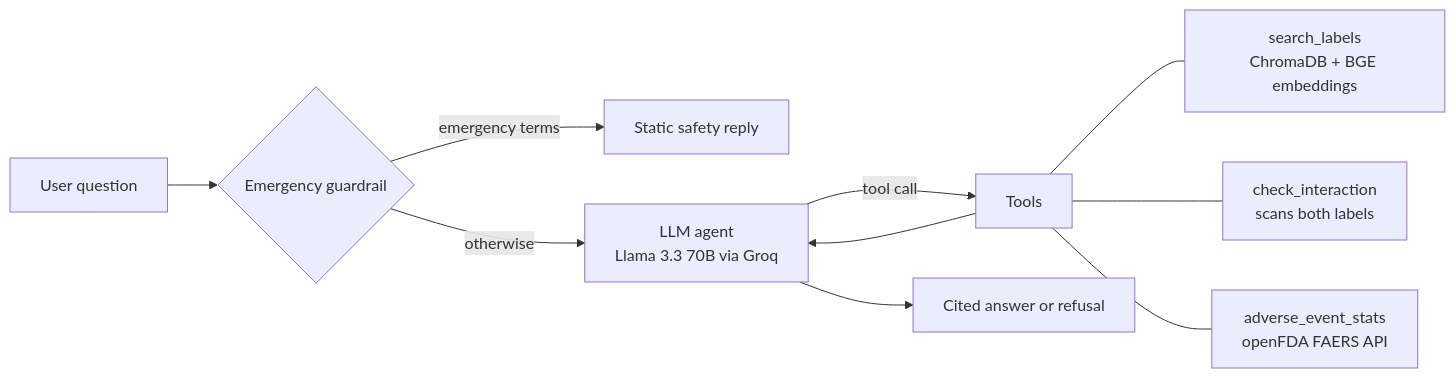
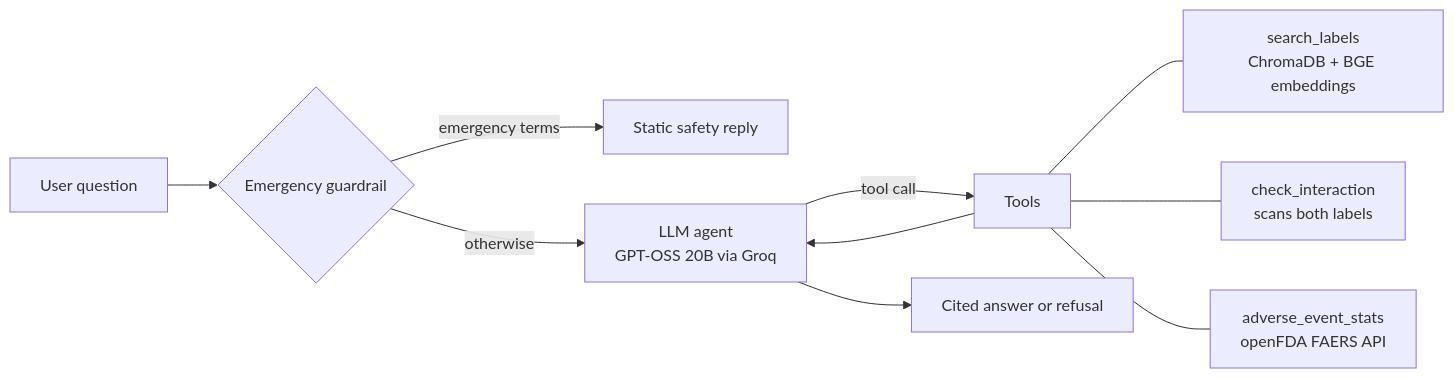
The diagram in README.md (Tripathijii147/druginfo-agent), drawn with Mermaid before and after one commit. The commit also changed other lines of this file, not shown here.

````diff
--- a/README.md
+++ b/README.md
@@ -21,12 +21,12 @@
 ```mermaid
 flowchart LR
     U[User question] --> G{Emergency guardrail}
     G -- emergency terms --> E[Static safety reply]
-    G -- otherwise --> A[LLM agent<br/>Llama 3.3 70B via Groq]
+    G -- otherwise --> A[LLM agent<br/>GPT-OSS 20B via Groq]
     A -- tool call --> T[Tools]
     T --> A
     A --> R[Cited answer or refusal]
     T --- S[search_labels<br/>ChromaDB + BGE embeddings]
     T --- I[check_interaction<br/>scans both labels]
     T --- F[adverse_event_stats<br/>openFDA FAERS API]
 ```
````
